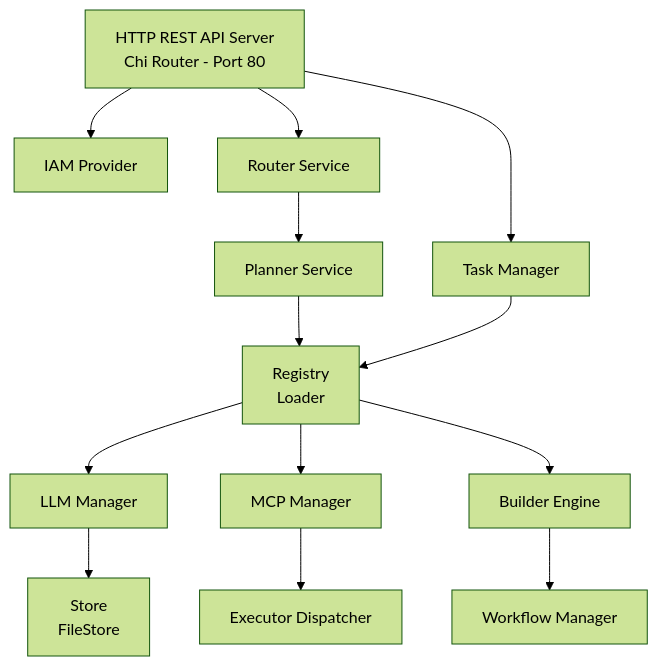
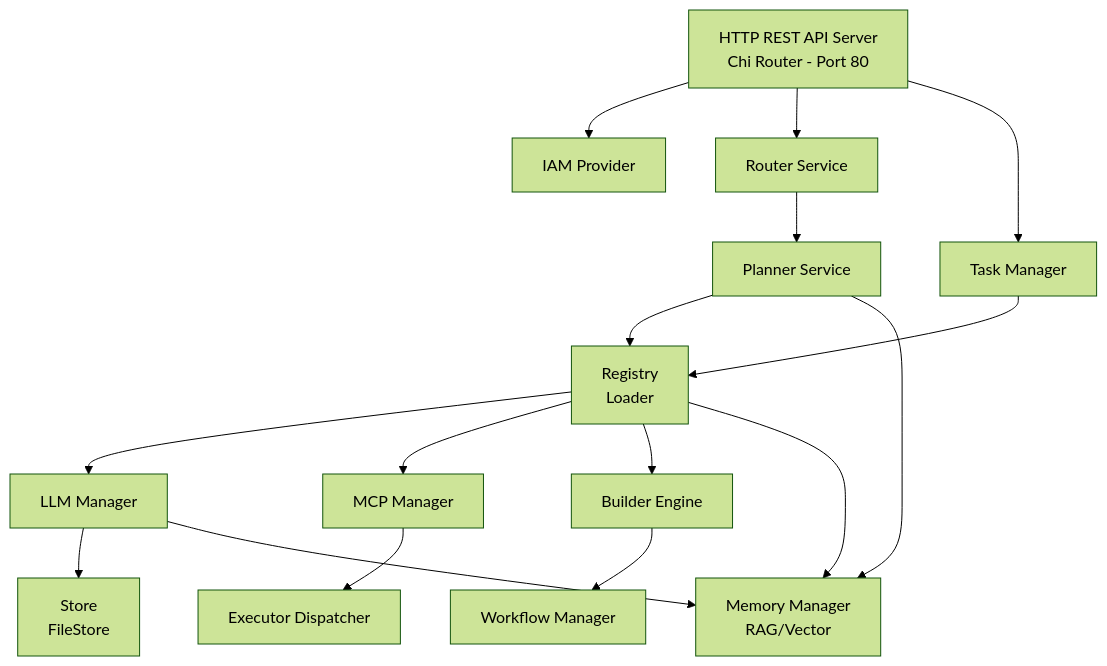
Before and after one commit to sjhoeksma/druppie: the first of 6 diagrams in design/druppie_spec.md, drawn with Mermaid (forest theme). The commit also changed other lines of this file, not shown here.

````diff
--- a/design/druppie_spec.md
+++ b/design/druppie_spec.md
@@ -66,28 +66,32 @@
 ```mermaid
 graph TD
     API[HTTP REST API Server<br>Chi Router - Port 80]
     IAM[IAM Provider]
     Router[Router Service]
     TM[Task Manager]
     Planner[Planner Service]
     Registry[Registry<br>Loader]
     LLM[LLM Manager]
     MCP[MCP Manager]
     Builder[Builder Engine]
     Store[Store<br>FileStore]
     Executor[Executor Dispatcher]
     Workflow[Workflow Manager]
+    Memory[Memory Manager<br>RAG/Vector]
 
     API --> IAM
     API --> Router
     API --> TM
     Router --> Planner
     Planner --> Registry
     TM --> Registry
     Registry --> LLM
     Registry --> MCP
     Registry --> Builder
+    Registry --> Memory
     LLM --> Store
     MCP --> Executor
     Builder --> Workflow
+    Planner --> Memory
+    LLM --> Memory
 ```
````
